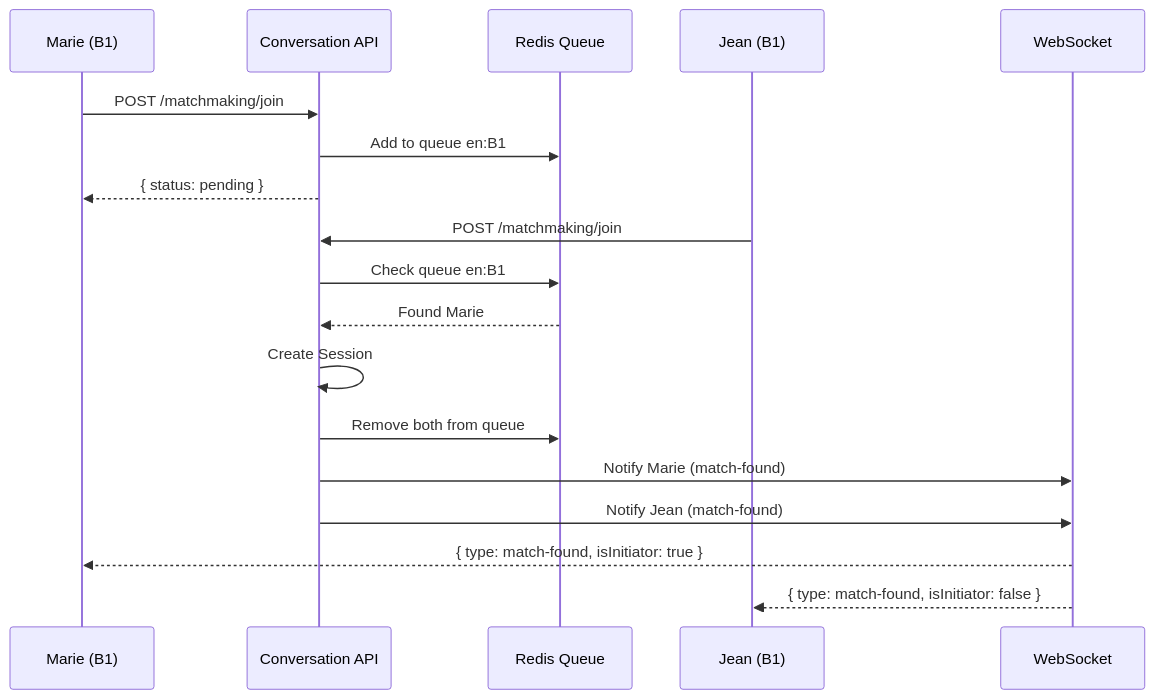
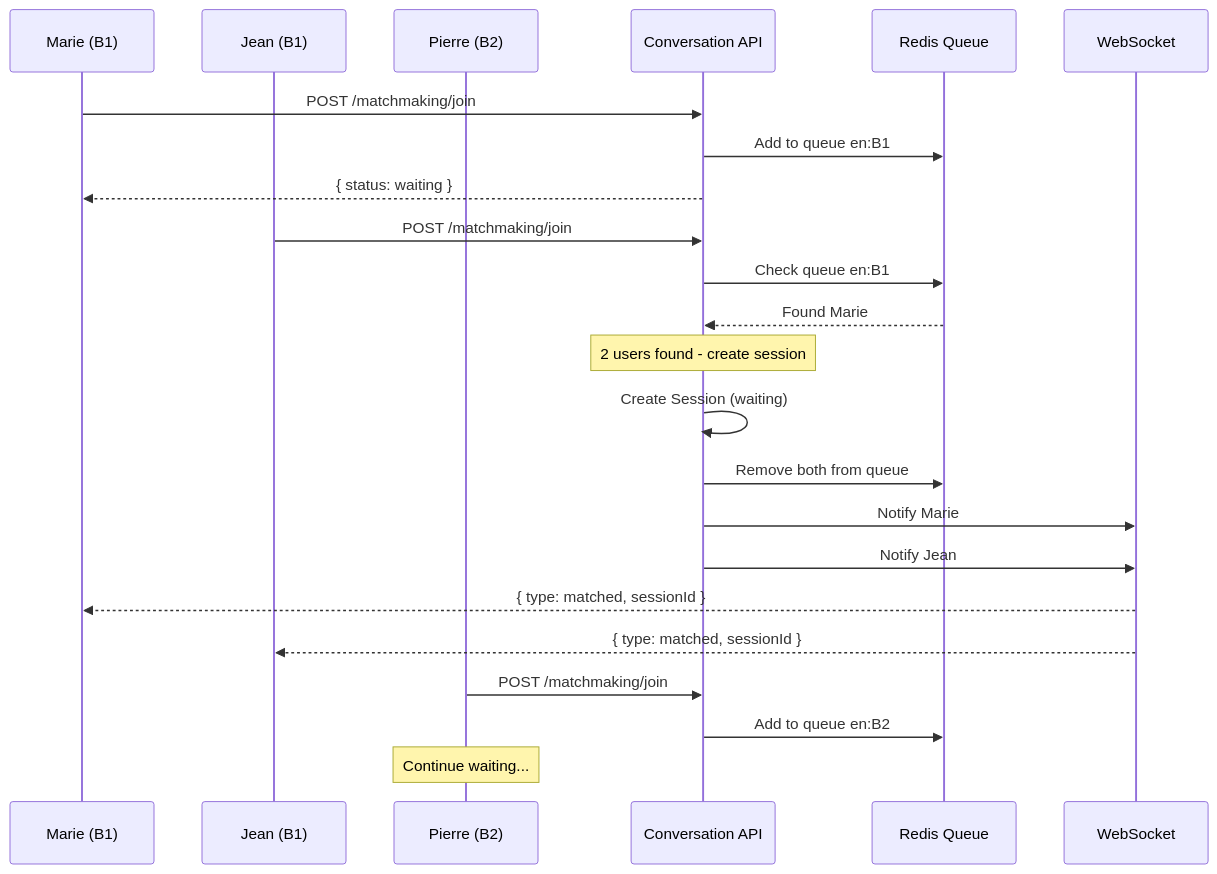
The second of 7 diagrams in 03-conversation-service/DIAGRAMS.md (we-speak-org/wespeak-specifications), drawn with Mermaid before and after one commit. The commit also changed other lines of this file and 6 other files, not shown here.

````diff
--- a/03-conversation-service/DIAGRAMS.md
+++ b/03-conversation-service/DIAGRAMS.md
@@ -59,25 +65,30 @@
 ```mermaid
 sequenceDiagram
-    participant User1 as Marie (B1)
+    participant U1 as Marie (B1)
+    participant U2 as Jean (B1)
+    participant U3 as Pierre (B2)
     participant API as Conversation API
     participant Redis as Redis Queue
-    participant User2 as Jean (B1)
     participant WS as WebSocket
 
-    User1->>API: POST /matchmaking/join
+    U1->>API: POST /matchmaking/join
     API->>Redis: Add to queue en:B1
-    API-->>User1: { status: pending }
+    API-->>U1: { status: waiting }
     
-    User2->>API: POST /matchmaking/join
+    U2->>API: POST /matchmaking/join
     API->>Redis: Check queue en:B1
     Redis-->>API: Found Marie
     
-    API->>API: Create Session
+    Note over API: 2 users found - create session
+    API->>API: Create Session (waiting)
     API->>Redis: Remove both from queue
     
-    API->>WS: Notify Marie (match-found)
-    API->>WS: Notify Jean (match-found)
+    API->>WS: Notify Marie
+    API->>WS: Notify Jean
+    WS-->>U1: { type: matched, sessionId }
+    WS-->>U2: { type: matched, sessionId }
     
-    WS-->>User1: { type: match-found, isInitiator: true }
-    WS-->>User2: { type: match-found, isInitiator: false }
+    U3->>API: POST /matchmaking/join
+    API->>Redis: Add to queue en:B2
+    Note over U3: Continue waiting...
 ```
````
